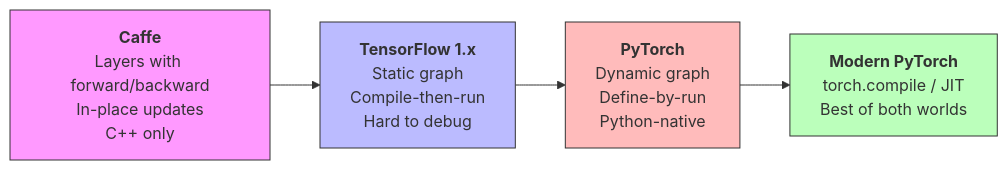
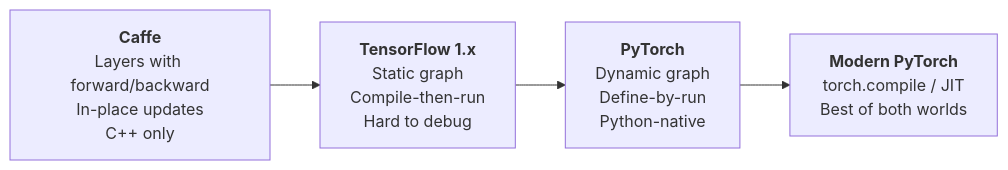
One commit to ImadDabbura/imaddabbura.github.io changed the first of 7 diagrams in posts/mlsys/dl-systems.qmd. Above: the diagram before and after it, drawn with Mermaid. The commit also changed other lines of this file and 19 other files, not shown here.

````diff
--- a/posts/mlsys/dl-systems.qmd
+++ b/posts/mlsys/dl-systems.qmd
@@ -66,12 +51,8 @@
 ```{mermaid}
 %%| fig-cap: "The evolution of DL framework design philosophies"
 flowchart LR
     A["<b>Caffe</b><br/>Layers with forward/backward<br/>In-place updates<br/>C++ only"] --> B["<b>TensorFlow 1.x</b><br/>Static graph<br/>Compile-then-run<br/>Hard to debug"]
     B --> C["<b>PyTorch</b><br/>Dynamic graph<br/>Define-by-run<br/>Python-native"]
     C --> D["<b>Modern PyTorch</b><br/>torch.compile / JIT<br/>Best of both worlds"]
 
-    style A fill:#f9f,stroke:#333
-    style B fill:#bbf,stroke:#333
-    style C fill:#fbb,stroke:#333
-    style D fill:#bfb,stroke:#333
 ```
````
